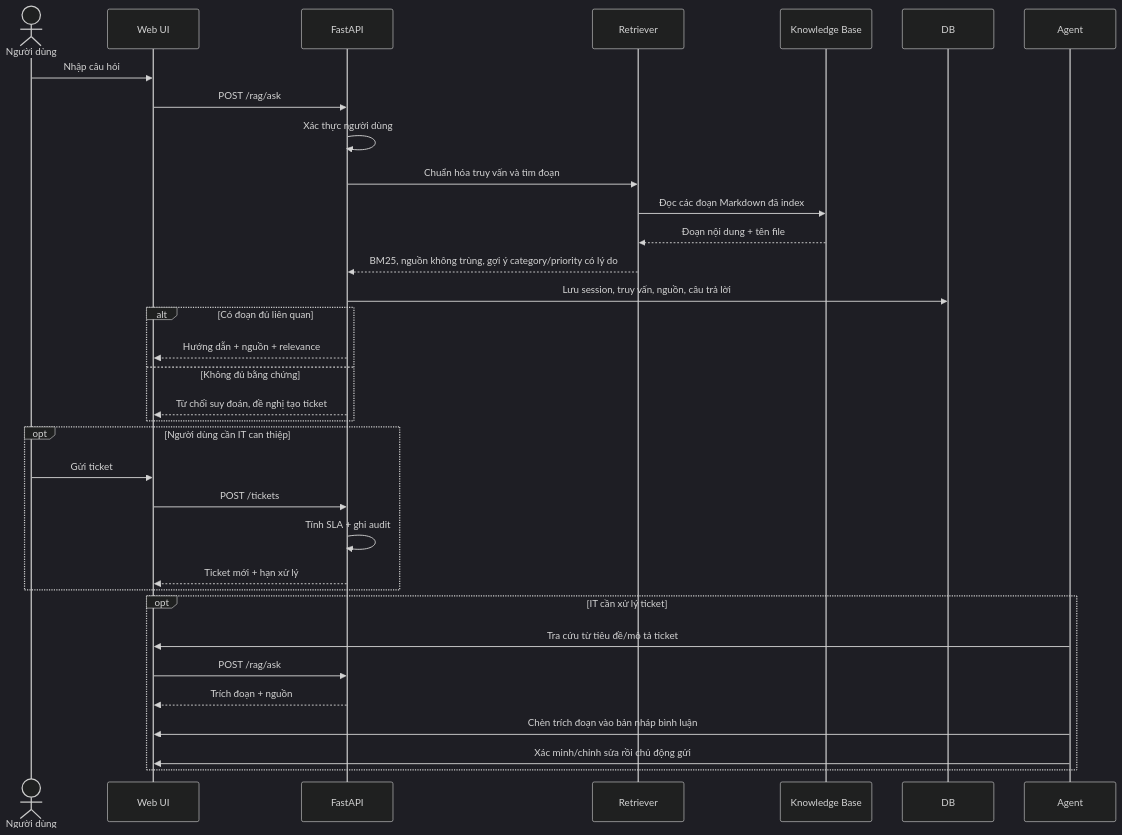
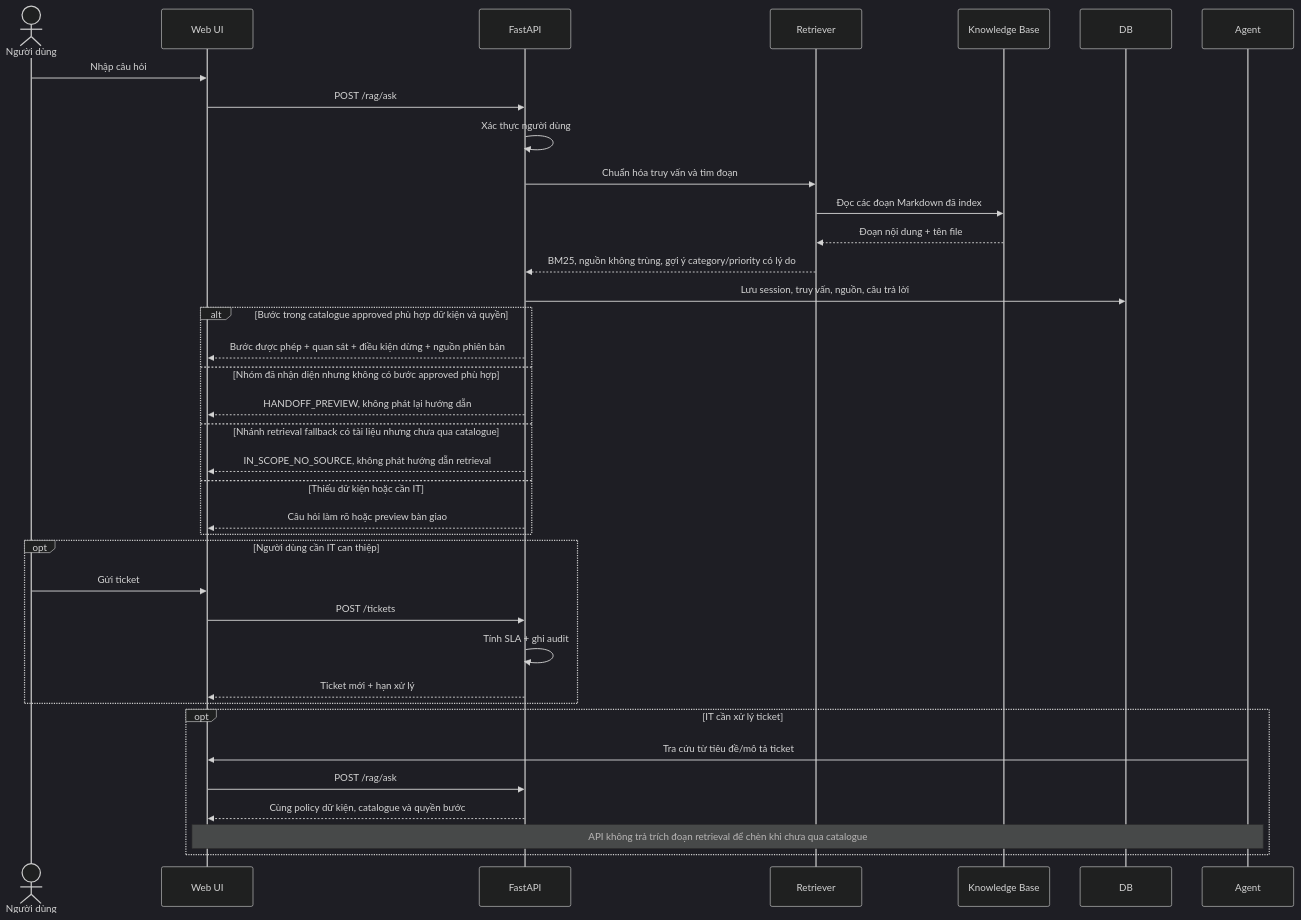
Before and after one commit to thinhsp-203/OpsMind-Helpdesk: the third of 10 diagrams in docs/SDD.md, drawn with Mermaid (dark theme). The commit also changed other lines of this file and 21 other files, not shown here.

````diff
--- a/docs/SDD.md
+++ b/docs/SDD.md
@@ -43,34 +43,37 @@
 ```mermaid
 sequenceDiagram
   actor U as Người dùng
   participant W as Web UI
   participant A as FastAPI
   participant R as Retriever
   participant K as Knowledge Base
   U->>W: Nhập câu hỏi
   W->>A: POST /rag/ask
   A->>A: Xác thực người dùng
   A->>R: Chuẩn hóa truy vấn và tìm đoạn
   R->>K: Đọc các đoạn Markdown đã index
   K-->>R: Đoạn nội dung + tên file
   R-->>A: BM25, nguồn không trùng, gợi ý category/priority có lý do
   A->>DB: Lưu session, truy vấn, nguồn, câu trả lời
-  alt Có đoạn đủ liên quan
-    A-->>W: Hướng dẫn + nguồn + relevance
-  else Không đủ bằng chứng
-    A-->>W: Từ chối suy đoán, đề nghị tạo ticket
+  alt Bước trong catalogue approved phù hợp dữ kiện và quyền
+    A-->>W: Bước được phép + quan sát + điều kiện dừng + nguồn phiên bản
+  else Nhóm đã nhận diện nhưng không có bước approved phù hợp
+    A-->>W: HANDOFF_PREVIEW, không phát lại hướng dẫn
+  else Nhánh retrieval fallback có tài liệu nhưng chưa qua catalogue
+    A-->>W: IN_SCOPE_NO_SOURCE, không phát hướng dẫn retrieval
+  else Thiếu dữ kiện hoặc cần IT
+    A-->>W: Câu hỏi làm rõ hoặc preview bàn giao
   end
   opt Người dùng cần IT can thiệp
     U->>W: Gửi ticket
     W->>A: POST /tickets
     A->>A: Tính SLA + ghi audit
     A-->>W: Ticket mới + hạn xử lý
   end
   opt IT cần xử lý ticket
     Agent->>W: Tra cứu từ tiêu đề/mô tả ticket
     W->>A: POST /rag/ask
-    A-->>W: Trích đoạn + nguồn
-    Agent->>W: Chèn trích đoạn vào bản nháp bình luận
-    Agent->>W: Xác minh/chỉnh sửa rồi chủ động gửi
+    A-->>W: Cùng policy dữ kiện, catalogue và quyền bước
+    Note over Agent,W: API không trả trích đoạn retrieval để chèn khi chưa qua catalogue
   end
 ```
````
